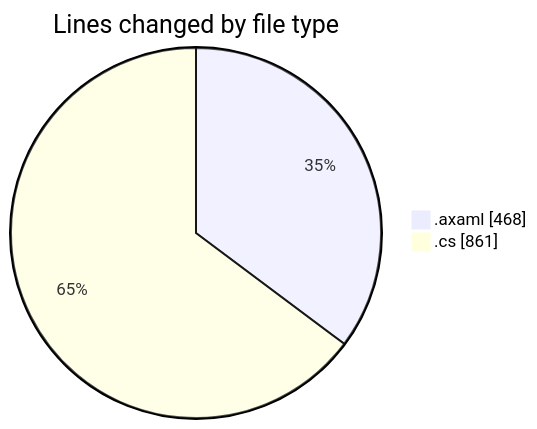
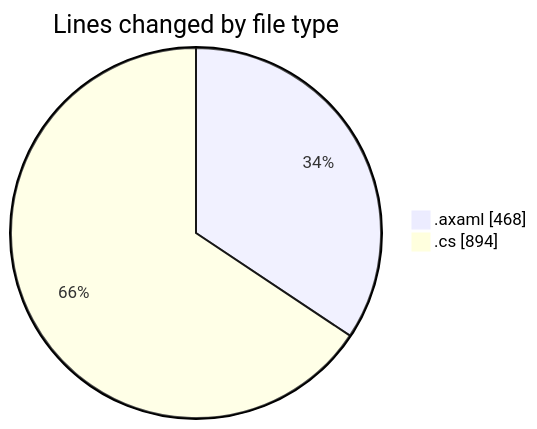
The first of 2 diagrams in 2025-11-01/skintrack/README.md (Netris89/code-tracking), drawn with Mermaid before and after one commit. The commit also changed other lines of this file and 1 other file, not shown here.

````diff
--- a/2025-11-01/skintrack/README.md
+++ b/2025-11-01/skintrack/README.md
@@ -26,6 +26,6 @@
 ```mermaid
 pie showData
 title Lines changed by file type
 ".axaml" : 468
-".cs" : 861
+".cs" : 894
 ```
````
